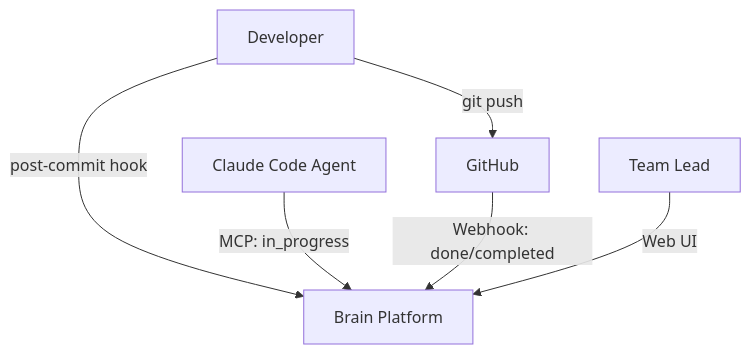
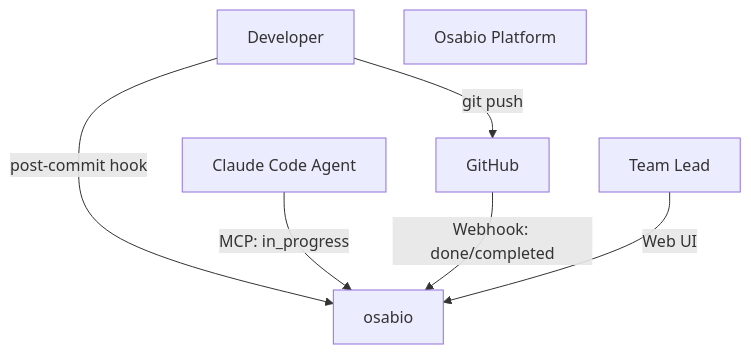
One commit to marcus-sa/osabio changed the first of 3 diagrams in docs/design/task-status-ownership/architecture.md. Above: the diagram before and after it, drawn with Mermaid. The commit also changed other lines of this file and 525 other files, not shown here.

First line of the commit message:
refactor: rename brain to osabio (#203)

````diff
--- a/docs/design/task-status-ownership/architecture.md
+++ b/docs/design/task-status-ownership/architecture.md
@@ -26,14 +26,14 @@
 ```mermaid
 graph TB
     dev[Developer]
     lead[Team Lead]
     claude[Claude Code Agent]
     github[GitHub]
-    brain[Brain Platform]
+    brain[Osabio Platform]
 
-    dev -->|post-commit hook| brain
+    dev -->|post-commit hook| osabio
     dev -->|git push| github
-    claude -->|MCP: in_progress| brain
-    github -->|Webhook: done/completed| brain
-    lead -->|Web UI| brain
+    claude -->|MCP: in_progress| osabio
+    github -->|Webhook: done/completed| osabio
+    lead -->|Web UI| osabio
 ```
````
